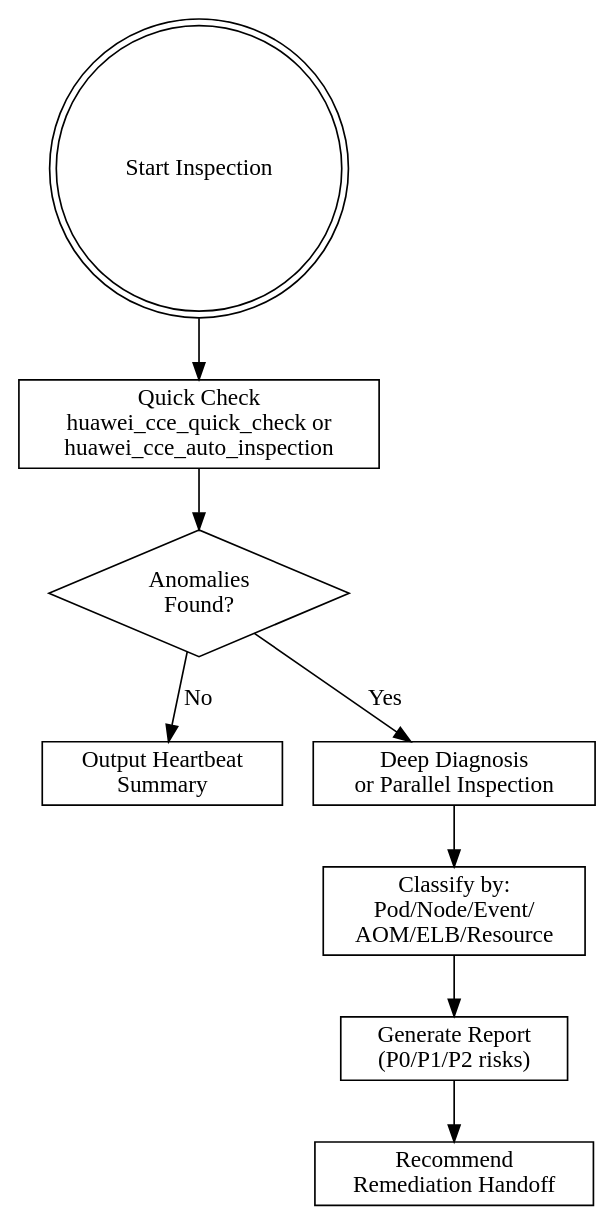
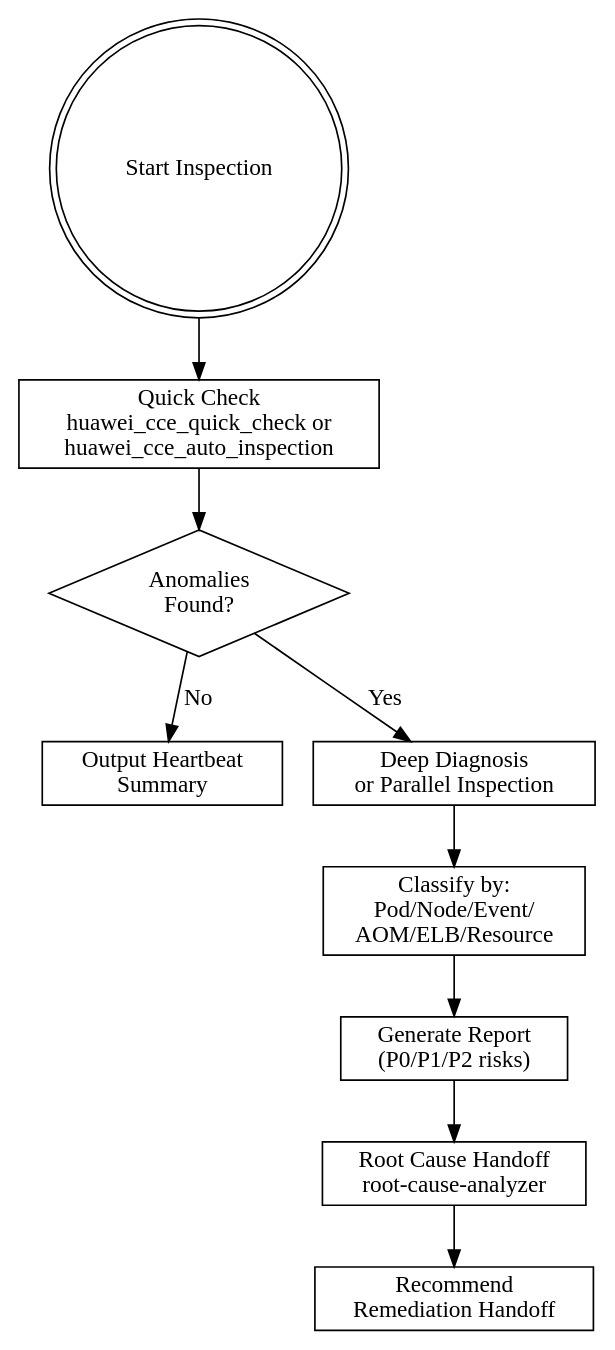
One commit to pancake0001/huawei-cloudnative-skills changed the diagram in releases/container/cce/huawei-cloud-cce-daily-cluster-inspector/SKILL.md. Above: the diagram before and after it, drawn with Graphviz. The commit also changed other lines of this file and 7 other files, not shown here.

````diff
--- a/releases/container/cce/huawei-cloud-cce-daily-cluster-inspector/SKILL.md
+++ b/releases/container/cce/huawei-cloud-cce-daily-cluster-inspector/SKILL.md
@@ -78,21 +78,23 @@
 ```dot
 digraph inspection_flow {
     rankdir=TB;
     start [shape=doublecircle label="Start Inspection"];
     quick [shape=box label="Quick Check\nhuawei_cce_quick_check or\nhuawei_cce_auto_inspection"];
     healthy [shape=box label="Output Heartbeat\nSummary"];
     anomaly [shape=diamond label="Anomalies\nFound?"];
     deep [shape=box label="Deep Diagnosis\nor Parallel Inspection"];
     classify [shape=box label="Classify by:\nPod/Node/Event/\nAOM/ELB/Resource"];
     report [shape=box label="Generate Report\n(P0/P1/P2 risks)"];
+    rca [shape=box label="Root Cause Handoff\nroot-cause-analyzer"];
     handoff [shape=box label="Recommend\nRemediation Handoff"];
 
     start -> quick;
     quick -> anomaly;
     anomaly -> healthy [label="No"];
     anomaly -> deep [label="Yes"];
     deep -> classify;
     classify -> report;
-    report -> handoff;
+    report -> rca;
+    rca -> handoff;
 }
 ```
````
